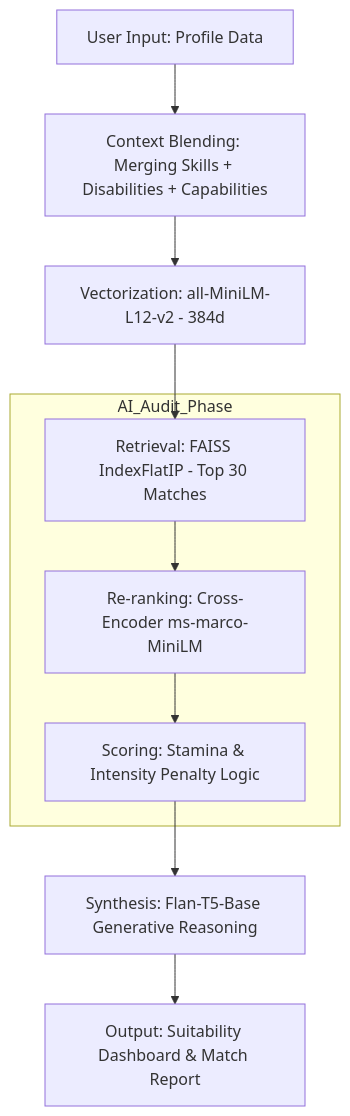
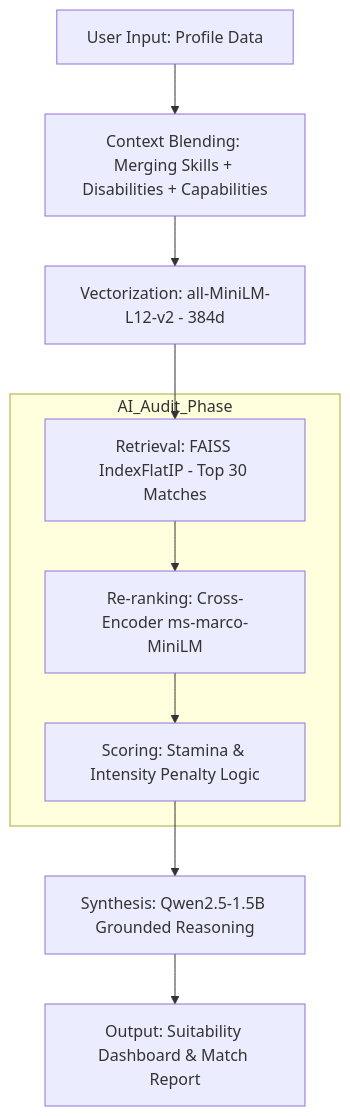
The fifth of 5 diagrams in full_system_documentation.md (AetherrAkuma/UPLIFT-Thesis), drawn with Mermaid before and after one commit. The commit also changed other lines of this file and 37 other files, not shown here.

````diff
--- a/full_system_documentation.md
+++ b/full_system_documentation.md
@@ -229,14 +226,14 @@
 ```mermaid
 flowchart TD
     Start[User Input: Profile Data] --> Context[Context Blending: Merging Skills + Disabilities + Capabilities]
     Context --> Vector[Vectorization: all-MiniLM-L12-v2 - 384d]
     Vector --> Retrieval[Retrieval: FAISS IndexFlatIP - Top 30 Matches]
     
     subgraph AI_Audit_Phase
         Retrieval --> Cross[Re-ranking: Cross-Encoder ms-marco-MiniLM]
         Cross --> Math[Scoring: Stamina & Intensity Penalty Logic]
     end
     
-    Math --> Gen[Synthesis: Flan-T5-Base Generative Reasoning]
+    Math --> Gen[Synthesis: Qwen2.5-1.5B Grounded Reasoning]
     Gen --> End[Output: Suitability Dashboard & Match Report]
 ```
````
